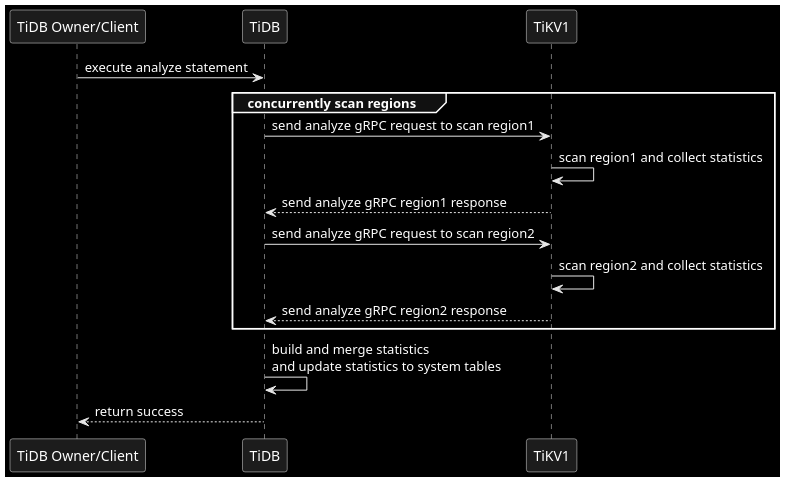
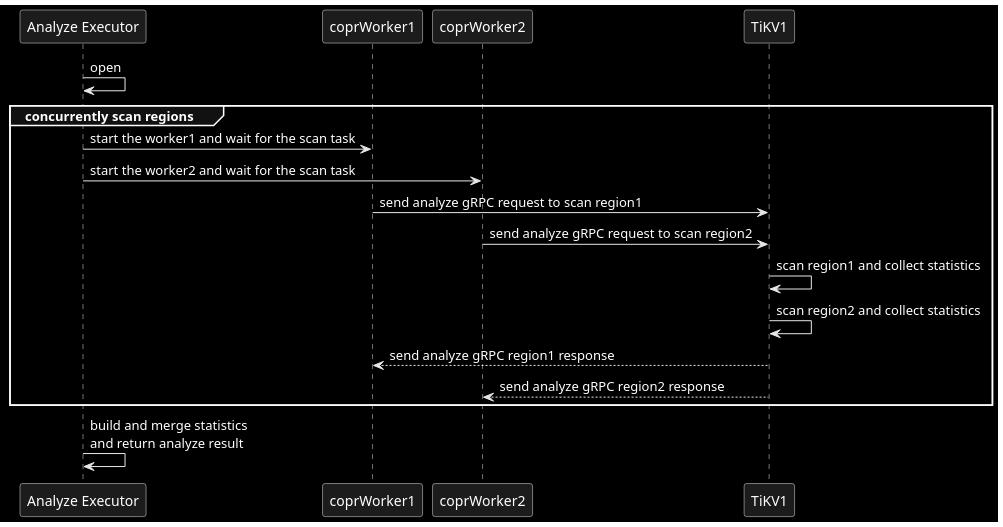
Before and after one commit to Rustin170506/tidb-analyze.slide: the fourth of 6 diagrams in slides.md, drawn with PlantUML. The commit also changed other lines of this file, not shown here.

Commit message:
analyze: fix dataflow

````diff
--- a/slides.md
+++ b/slides.md
@@ -595,18 +628,19 @@
-```plantuml{ scale: 0.8 }
+```plantuml{ scale: 0.9 }
 @startuml
 
 skinparam monochrome reverse
 
-"TiDB Owner/Client" as TC -> TiDB: execute analyze statement
+"Analyze Executor" as AE -> AE: open
 group concurrently scan regions
-  TiDB -> TiKV1: send analyze gRPC request to scan region1
+  AE -> coprWorker1: start the worker1 and wait for the scan task
+  AE -> coprWorker2: start the worker2 and wait for the scan task
+  coprWorker1 -> TiKV1: send analyze gRPC request to scan region1
+  coprWorker2 -> TiKV1: send analyze gRPC request to scan region2
   TiKV1 -> TiKV1: scan region1 and collect statistics
-  TiKV1 --> TiDB: send analyze gRPC region1 response
-  TiDB -> TiKV1: send analyze gRPC request to scan region2
   TiKV1 -> TiKV1: scan region2 and collect statistics
-  TiKV1 --> TiDB: send analyze gRPC region2 response
+  TiKV1 --> coprWorker1: send analyze gRPC region1 response
+  TiKV1 --> coprWorker2: send analyze gRPC region2 response
 end
-TiDB -> TiDB: build and merge statistics \nand update statistics to system tables
-TiDB --> TC: return success
+AE -> AE: build and merge statistics \nand return analyze result
 @enduml
 ```
````
